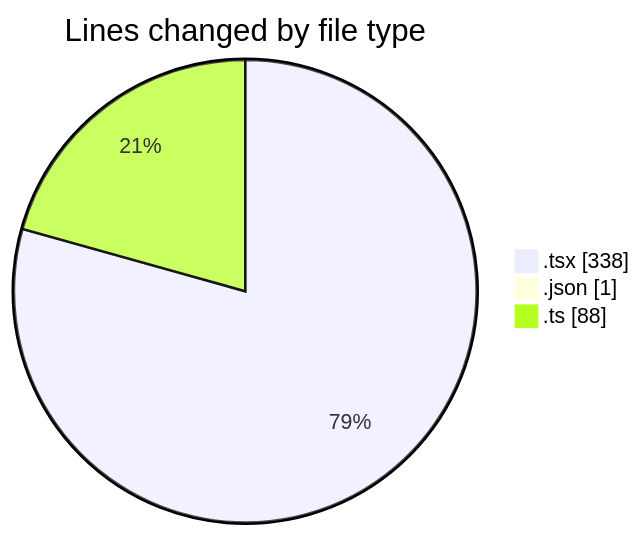
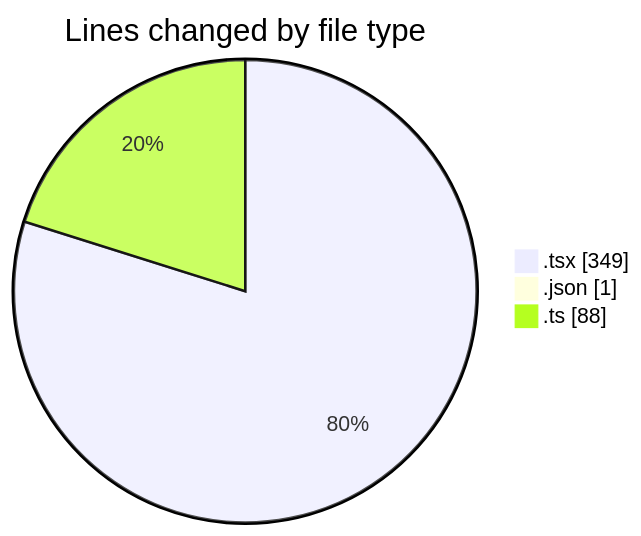
One commit to robertbonfada/code-tracking changed the first of 2 diagrams in 2025-01-21/mbc-web/README.md. Above: the diagram before and after it, drawn with Mermaid. The commit also changed other lines of this file and 1 other file, not shown here.

````diff
--- a/2025-01-21/mbc-web/README.md
+++ b/2025-01-21/mbc-web/README.md
@@ -32,7 +32,7 @@
 ```mermaid
 pie showData
 title Lines changed by file type
-".tsx" : 338
+".tsx" : 349
 ".json" : 1
 ".ts" : 88
 ```
````
